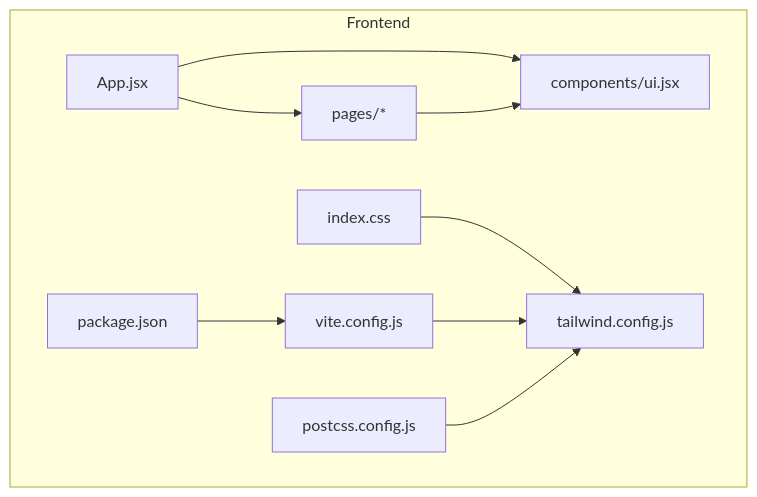
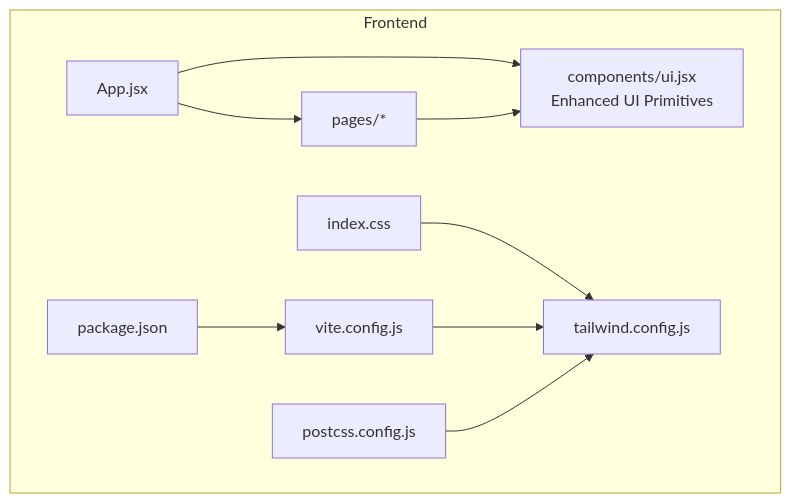
Before and after one commit to 14Lucifer/hackathon_ecs_creator: the first of 3 diagrams in .qoder/repowiki/en/content/Frontend Development/UI Component Library.md, drawn with Mermaid. The commit also changed other lines of this file and 120 other files, not shown here.

````diff
--- a/.qoder/repowiki/en/content/Frontend Development/UI Component Library.md
+++ b/.qoder/repowiki/en/content/Frontend Development/UI Component Library.md
@@ -46,20 +55,20 @@
 ```mermaid
 graph TB
 subgraph "Frontend"
 A["App.jsx"]
-B["components/ui.jsx"]
+B["components/ui.jsx<br/>Enhanced UI Primitives"]
 C["pages/*"]
 D["index.css"]
 E["tailwind.config.js"]
 F["vite.config.js"]
 G["postcss.config.js"]
 H["package.json"]
 end
 A --> B
 A --> C
 C --> B
 D --> E
 F --> E
 G --> E
 H --> F
 ```
````
